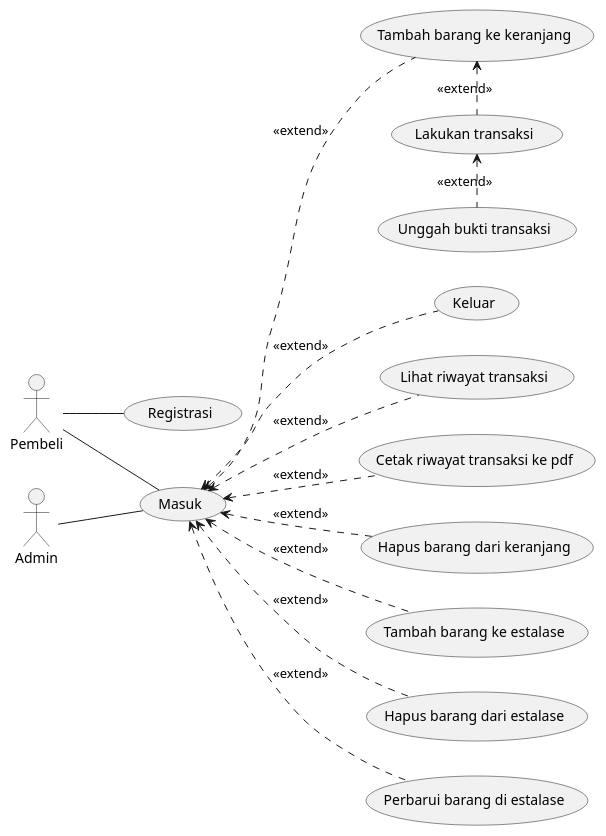
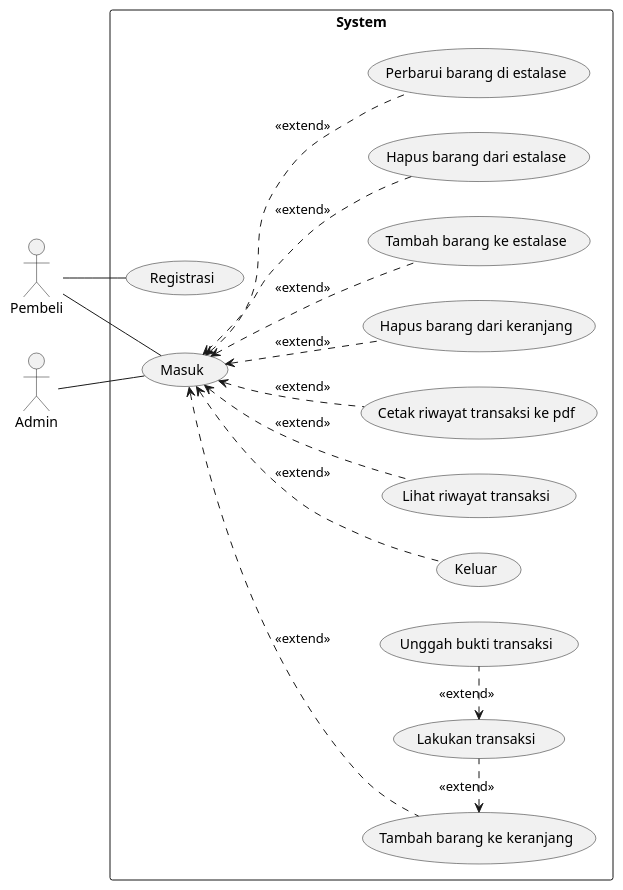
The diagram in use_case.puml (stnDinus/skpl_apbo_diagrams), drawn with PlantUML before and after one commit.

Commit message:
feat: use case diagram system rectangle

```diff
--- a/use_case.puml
+++ b/use_case.puml
@@ -1,39 +1,41 @@
 @startuml
 left to right direction
 
 actor Pembeli as usr
 actor Admin as root
 
+rectangle System {
 (Masuk) as signin
 (Registrasi) as signup
 (Keluar) as signout
 (Lakukan transaksi) as trx
 (Unggah bukti transaksi) as up_trx_receipt
 (Lihat riwayat transaksi) as trx_history
 (Cetak riwayat transaksi ke pdf) as pdf_trx_history
 (Tambah barang ke keranjang) as add_cart
 (Hapus barang dari keranjang) as del_cart
 (Tambah barang ke estalase) as crt_item
 (Hapus barang dari estalase) as del_item
 (Perbarui barang di estalase) as upd_item
+}
 
 usr -- signin
 usr -- signup
 
 root -- signin
 
 signin <.. trx_history: <<extend>>
 signin <.. pdf_trx_history: <<extend>>
 signin <.. add_cart: <<extend>>
 signin <.. del_cart: <<extend>>
 signin <.. signout: <<extend>>
 
 add_cart <. trx: <<extend>>
 
 trx <. up_trx_receipt: <<extend>>
 
 signin <.. crt_item: <<extend>>
 signin <.. del_item: <<extend>>
 signin <.. upd_item: <<extend>>
 
 @enduml
```
